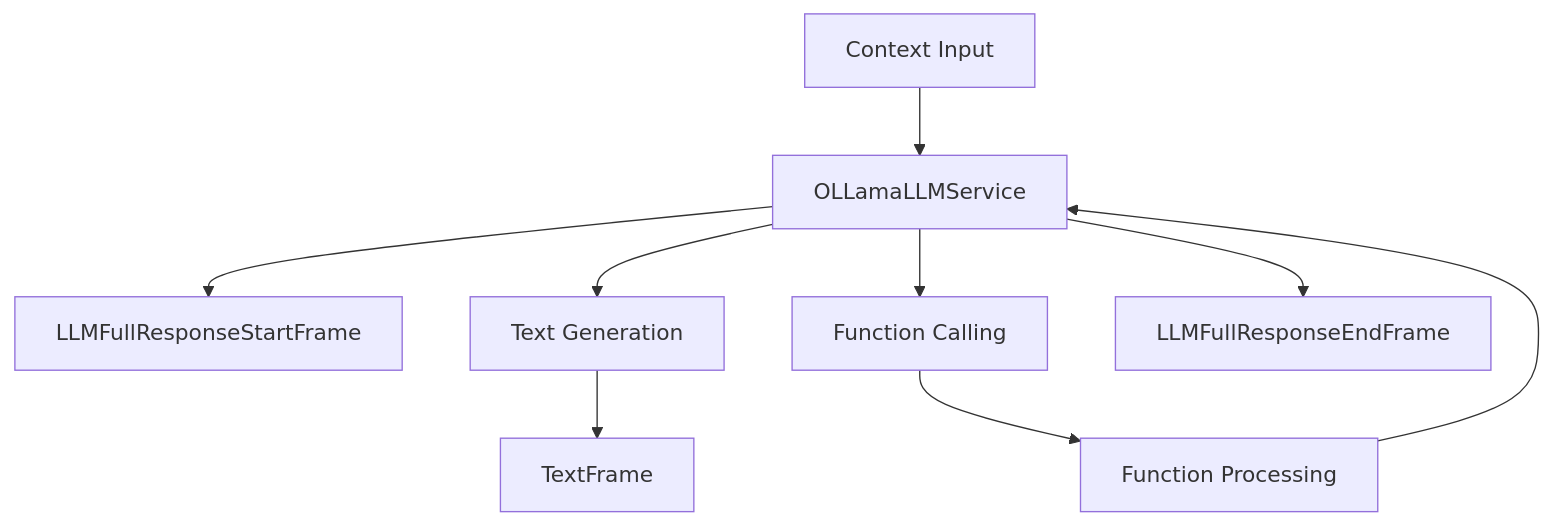
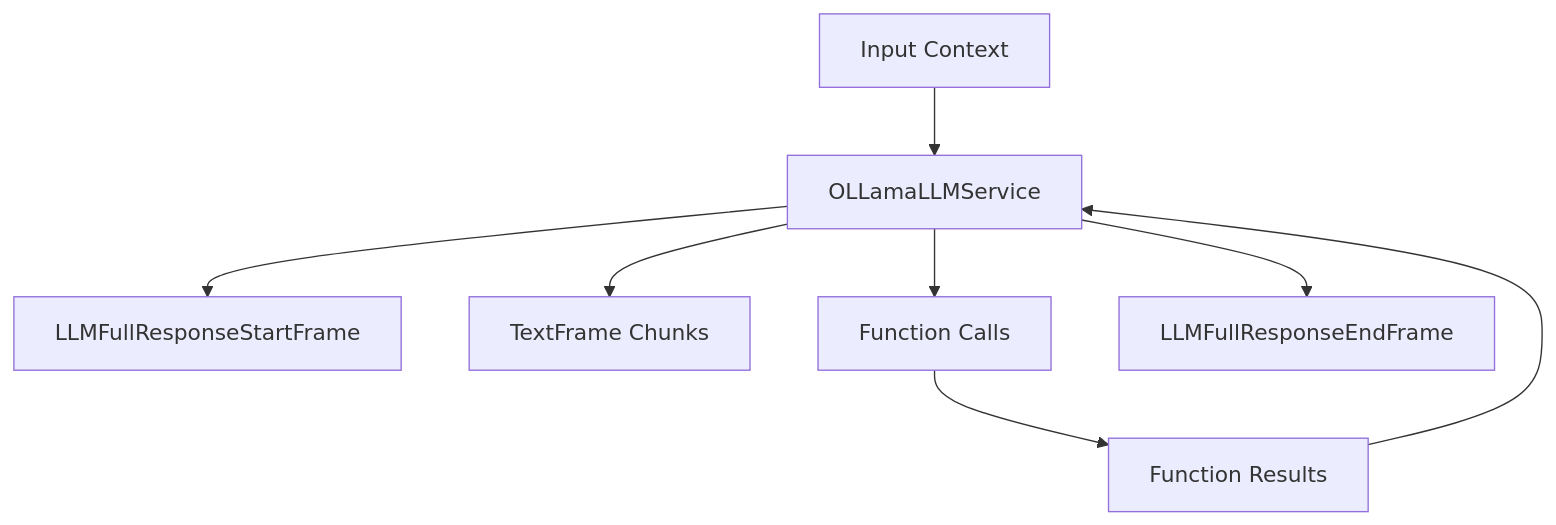
The diagram in api-reference/services/llm/ollama.mdx (pipecat-ai/docs), drawn with Mermaid before and after one commit. The commit also changed other lines of this file and 25 other files, not shown here.

Commit message:
Clean up Frame Flow diagrams

````diff
--- a/api-reference/services/llm/ollama.mdx
+++ b/api-reference/services/llm/ollama.mdx
@@ -106,11 +138,10 @@
 ```mermaid
 graph TD
-    A[Context Input] --> B[OLLamaLLMService]
+    A[Input Context] --> B[OLLamaLLMService]
     B --> C[LLMFullResponseStartFrame]
-    B --> D[Text Generation]
-    B --> E[Function Calling]
-    E --> F[Function Processing]
-    F --> B
-    D --> G[TextFrame]
-    B --> H[LLMFullResponseEndFrame]
+    B --> D[TextFrame Chunks]
+    B --> E[Function Calls]
+    B --> F[LLMFullResponseEndFrame]
+    E --> G[Function Results]
+    G --> B
 ```
````
